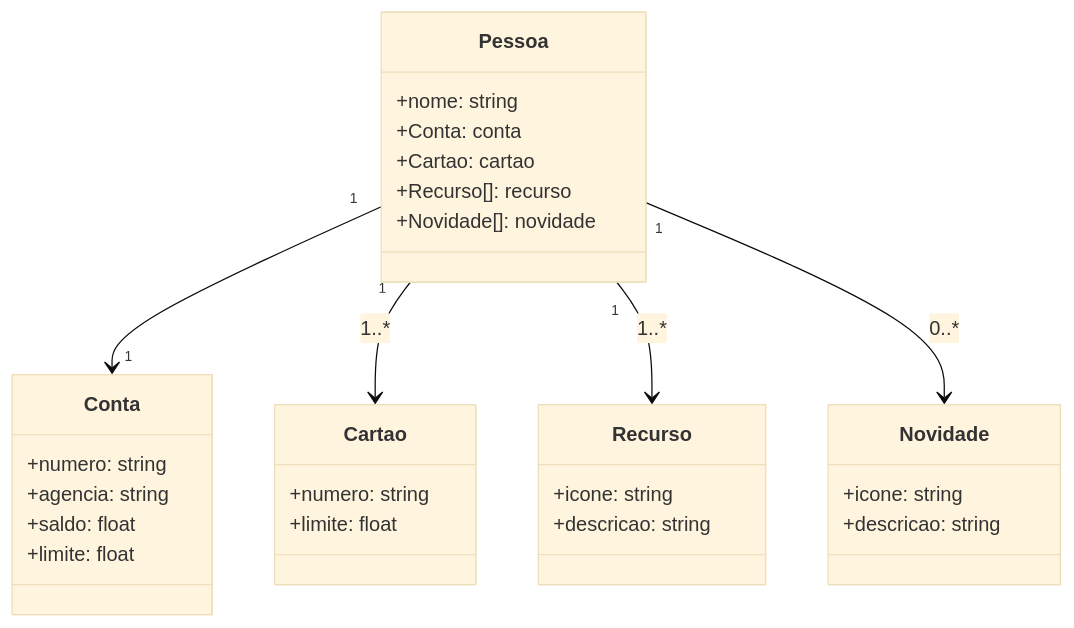
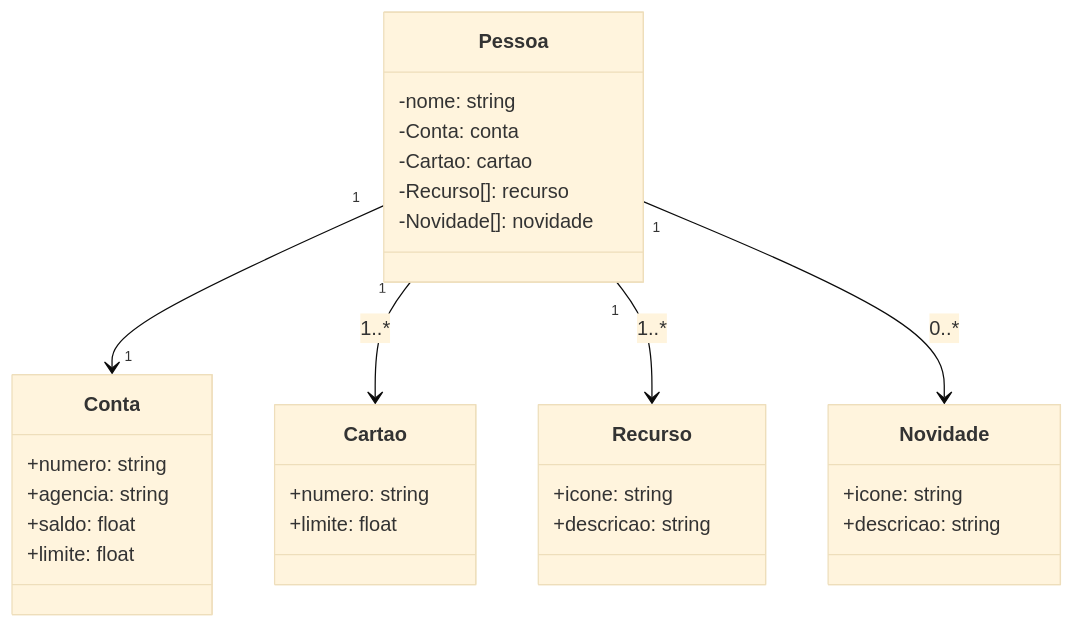
The diagram in README.md (vitoremerique/santander-bootcamp-java-backend-2023), drawn with Mermaid (base theme) before and after one commit.

````diff
--- a/README.md
+++ b/README.md
@@ -5,37 +5,37 @@
 ```mermaid
 classDiagram
     class Pessoa {
-        +nome: string
-        +Conta: conta
-        +Cartao: cartao
-        +Recurso[]: recurso
-        +Novidade[]: novidade 
+        -nome: string
+        -Conta: conta
+        -Cartao: cartao
+        -Recurso[]: recurso
+        -Novidade[]: novidade 
     }
 
     class Conta {
         +numero: string
         +agencia: string
         +saldo: float
         +limite: float
     }
 
     class Cartao {
         +numero: string
         +limite: float
     }
 
     class Recurso {
         +icone: string
         +descricao: string
     }
 
     class Novidade {
         +icone: string
         +descricao: string
     }
 
     Pessoa "1" --> "1" Conta  
     Pessoa "1" --> Cartao : 1..* 
     Pessoa  "1" -->  Recurso : 1..*   
     Pessoa "1" --> Novidade  :  0..* 
 ```
````
